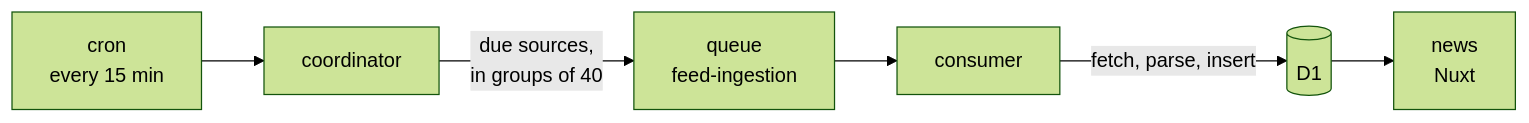
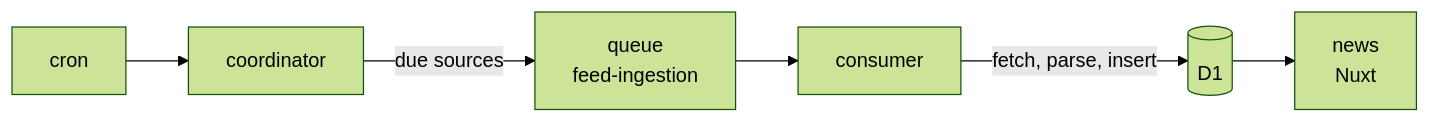
Before and after one commit to caefisica/news: the diagram in docs/architecture.md, drawn with Mermaid (forest theme). The commit also changed other lines of this file and 7 other files, not shown here.

````diff
--- a/docs/architecture.md
+++ b/docs/architecture.md
@@ -6,15 +6,15 @@
 ```mermaid
 flowchart LR
-    A[cron<br/>every 15 min]
+    A[cron]
     B[coordinator]
     Q[queue<br/>feed-ingestion]
     C[consumer]
     D[(D1)]
     W[news<br/>Nuxt]
 
     A --> B
-    B -->|due sources,<br/>in groups of 40| Q
+    B -->|due sources| Q
     Q --> C
     C -->|fetch, parse, insert| D
     D --> W
 ```
````
